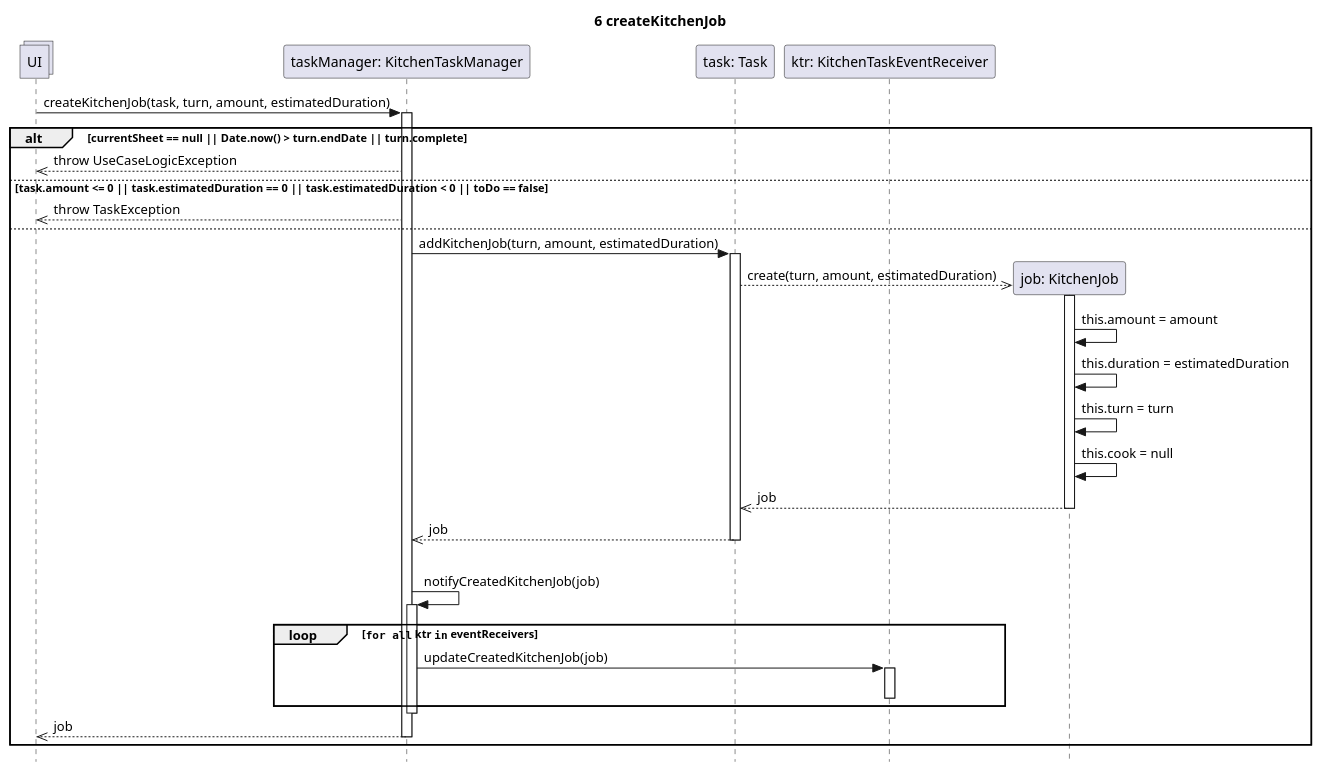
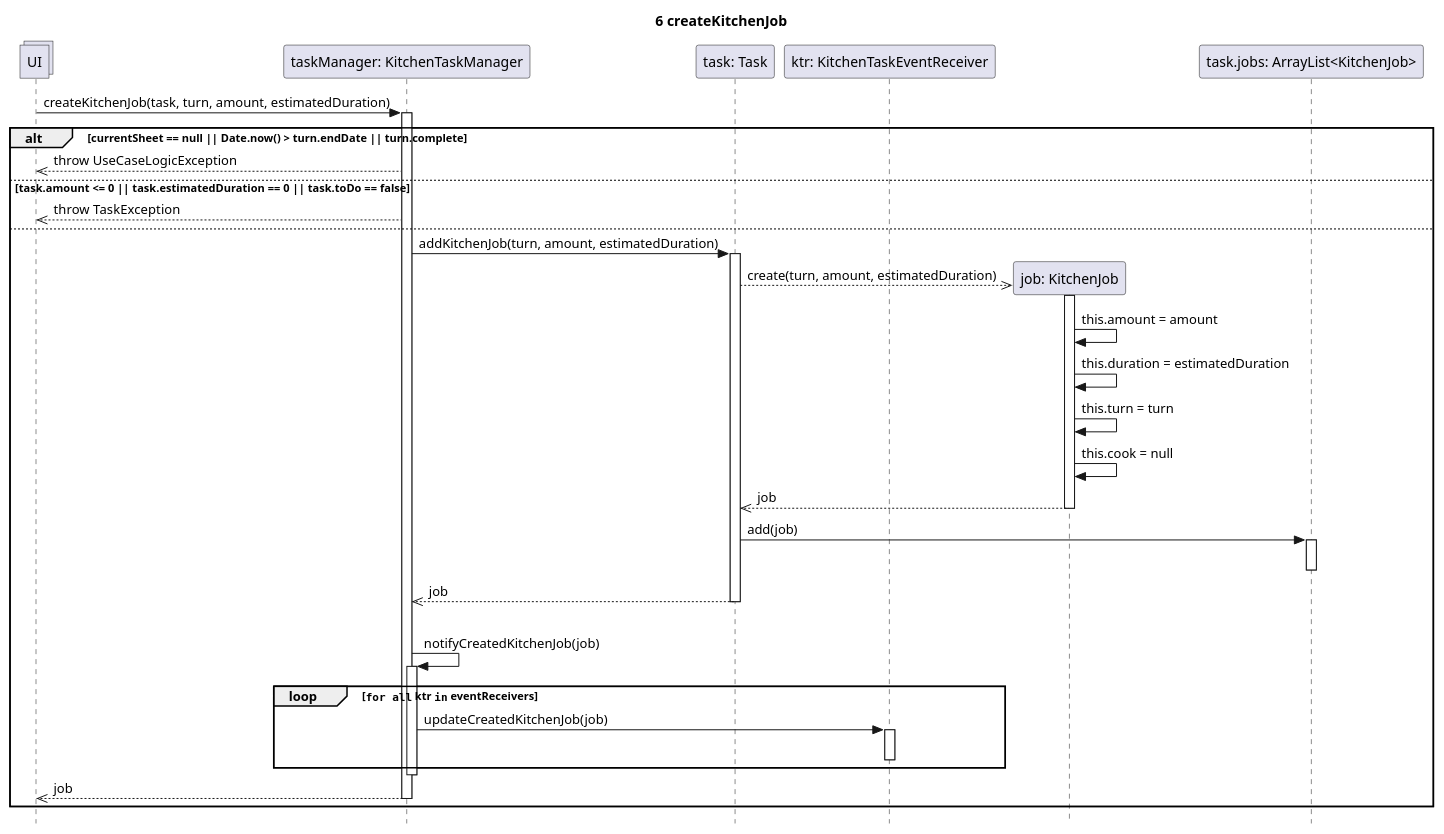
One commit to stefa168/sas-project changed the diagram in UP/Progettazione/UC Gestire Compiti Cucina/DSD/DSD Operazione 6.puml. Above: the diagram before and after it, drawn with PlantUML. The commit also changed 15 other files, not shown here.

```diff
--- a/UP/Progettazione/UC Gestire Compiti Cucina/DSD/DSD Operazione 6.puml
+++ b/UP/Progettazione/UC Gestire Compiti Cucina/DSD/DSD Operazione 6.puml
@@ -1,53 +1,57 @@
 @startuml Operazione 6
 skinparam Style strictuml
 
 title 6 createKitchenJob
 
 collections UI
 
 participant "taskManager: KitchenTaskManager" as tm
 UI -> tm: createKitchenJob(task, turn, amount, estimatedDuration)
 activate tm
 
 participant "task: Task" as task
 participant "ktr: KitchenTaskEventReceiver" as ktr
 
 alt currentSheet == null || Date.now() > turn.endDate || turn.complete
     UI <<-- tm: throw UseCaseLogicException
-else task.amount <= 0 || task.estimatedDuration == 0 || task.estimatedDuration < 0 || toDo == false
+else task.amount <= 0 || task.estimatedDuration == 0 ||  task.toDo == false
     UI <<-- tm: throw TaskException
 else
 
     tm -> task: addKitchenJob(turn, amount, estimatedDuration)
     activate task
 
     participant "job: KitchenJob" as job
     task -->> job**: create(turn, amount, estimatedDuration)
 
     activate job
         job -> job: this.amount = amount
         job -> job: this.duration = estimatedDuration
         job -> job: this.turn = turn
         job -> job: this.cook = null
+    return job
 
-    return job
+    participant "task.jobs: ArrayList<KitchenJob>" as jobs
+    task -> jobs: add(job)
+    activate jobs
+    deactivate jobs
 
     tm <<-- task: job
     deactivate task
 
     |||
     tm -> tm: notifyCreatedKitchenJob(job)
     activate tm
     loop ""for all"" ktr ""in"" eventReceivers
         tm -> ktr : updateCreatedKitchenJob(job)
         activate ktr
         deactivate ktr
     end
     deactivate tm
 
     UI <<-- tm: job
     deactivate tm
     
 end
 
 @enduml
```
